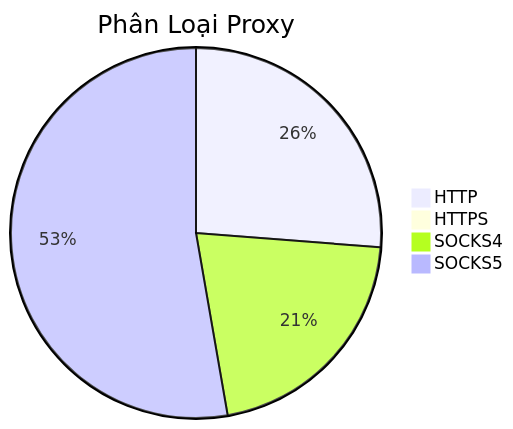
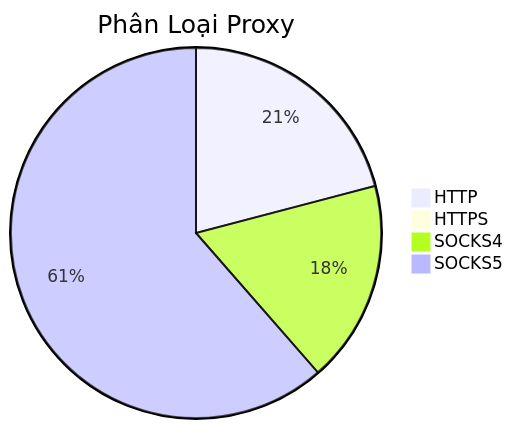
The diagram in README.md (Ciara-Aa/PROXY-free), drawn with Mermaid before and after one commit. The commit also changed other lines of this file and 4 other files, not shown here.

````diff
--- a/README.md
+++ b/README.md
@@ -26,7 +26,7 @@
 ```mermaid
 pie title Phân Loại Proxy
-    "HTTP" : 388
-    "HTTPS" : 3
-    "SOCKS4" : 311
-    "SOCKS5" : 780
+    "HTTP" : 289
+    "HTTPS" : 2
+    "SOCKS4" : 244
+    "SOCKS5" : 849
 ```
````
